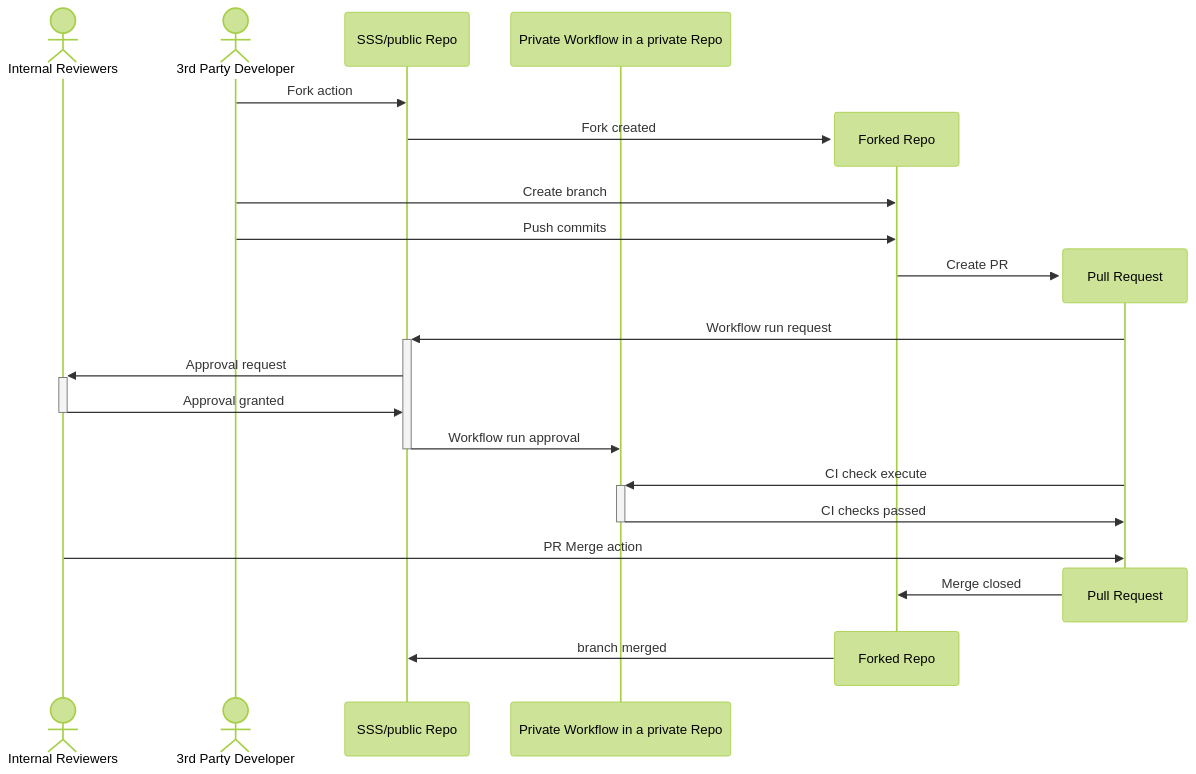
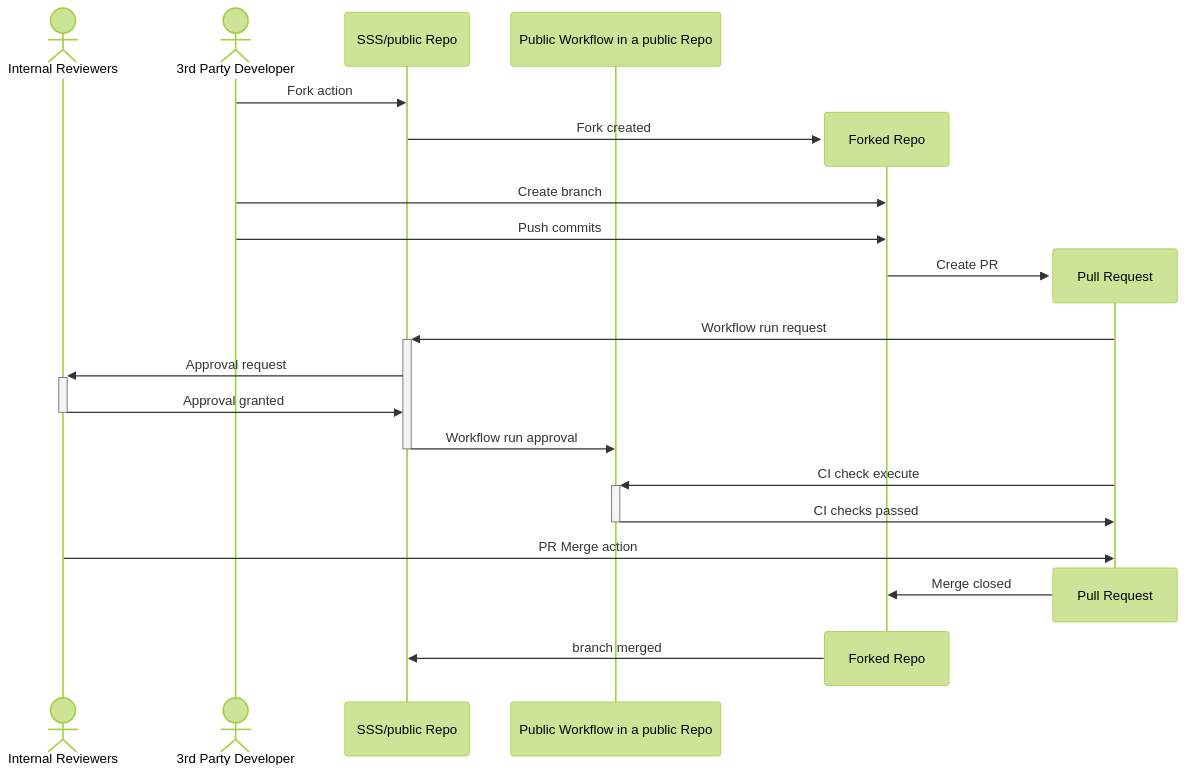
Before and after one commit to kenji-mido/OSS_general_documents: the second of 2 diagrams in review_flow_mermaid.md, drawn with Mermaid (forest theme).

Commit message:
For 3rd to public flow, modified Private to Public

````diff
--- a/review_flow_mermaid.md
+++ b/review_flow_mermaid.md
@@ -41,25 +41,25 @@
 ```mermaid
 sequenceDiagram
   actor M as Internal Reviewers
   actor T as 3rd Party Developer
   participant SSS as SSS/public Repo
-  participant I as Private Workflow in a private Repo
+  participant I as Public Workflow in a public Repo
   T ->> SSS: Fork action
   create participant F as Forked Repo
   SSS ->> F: Fork created
   T ->> F: Create branch
   T ->> F: Push commits
   create participant P as Pull Request
   F ->> P: Create PR
   P ->>+ SSS: Workflow run request
   SSS ->>+ M: Approval request
   M ->>- SSS: Approval granted
   SSS ->>- I: Workflow run approval
   P ->>+ I: CI check execute
   I ->>- P: CI checks passed
   M ->> P: PR Merge action
   destroy P
   P ->> F: Merge closed
   destroy F
   F ->> SSS: branch merged
 ```
````
